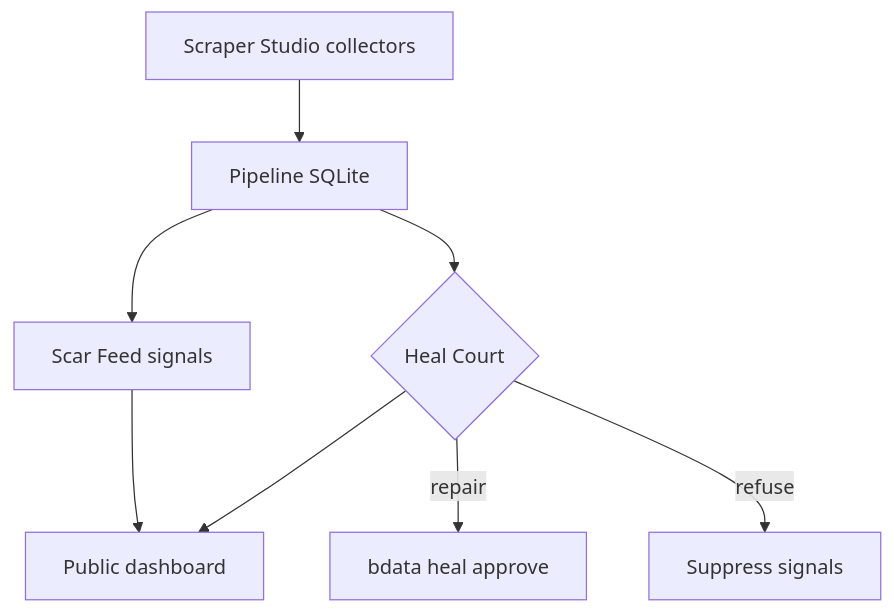
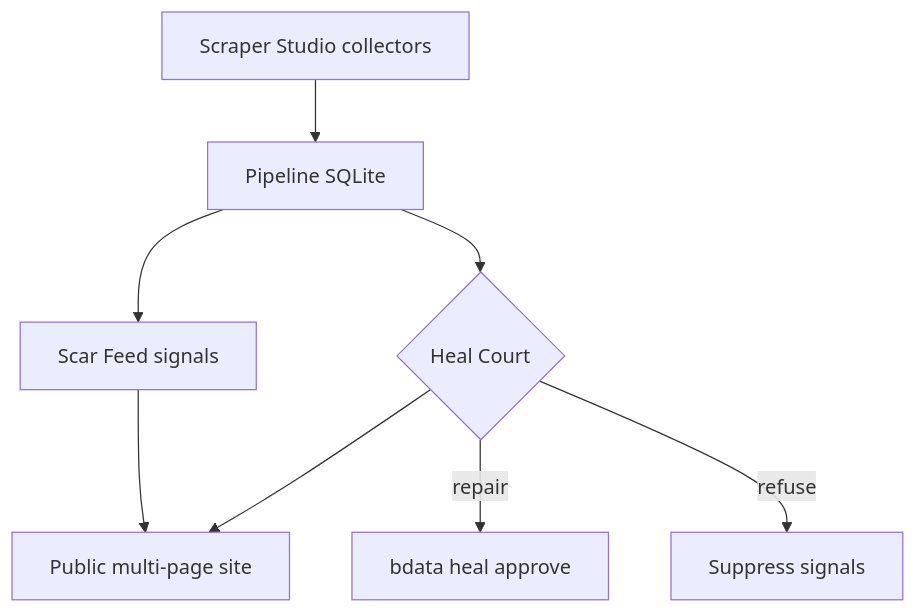
Before and after one commit to manasdutta04/wolverine-scraper: the diagram in README.md, drawn with Mermaid. The commit also changed other lines of this file and 46 other files, not shown here.

First line of the commit message:
Replace Next dashboard with multi-page static Scar Feed site.

````diff
--- a/README.md
+++ b/README.md
@@ -44,10 +55,10 @@
 ```mermaid
 flowchart TB
   studio[Scraper Studio collectors] --> pipe[Pipeline SQLite]
   pipe --> feed[Scar Feed signals]
   pipe --> court{Heal Court}
   court -->|repair| heal[bdata heal approve]
   court -->|refuse| quiet[Suppress signals]
-  feed --> ui[Public dashboard]
+  feed --> ui[Public multi-page site]
   court --> ui
 ```
````
